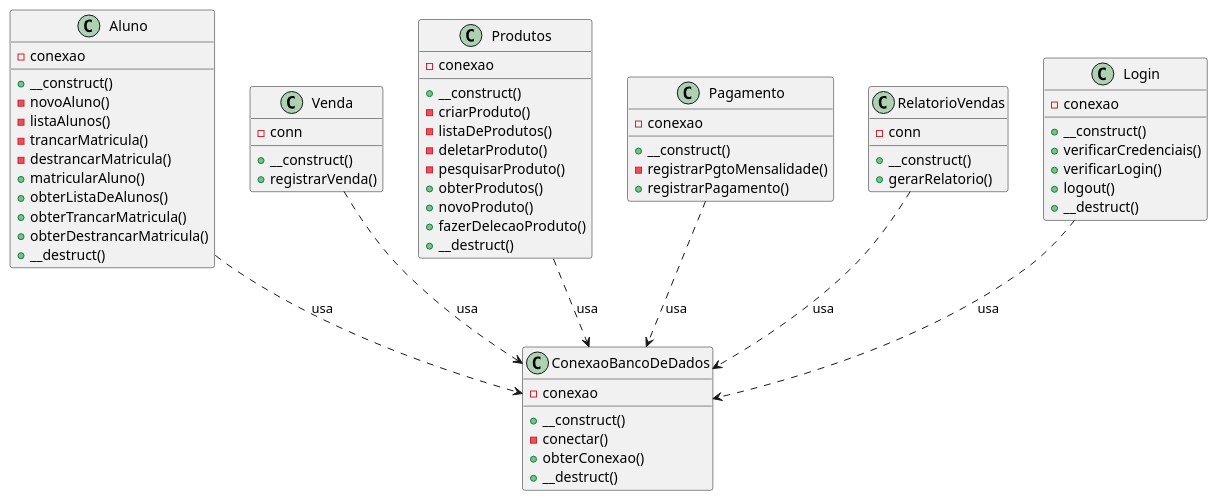
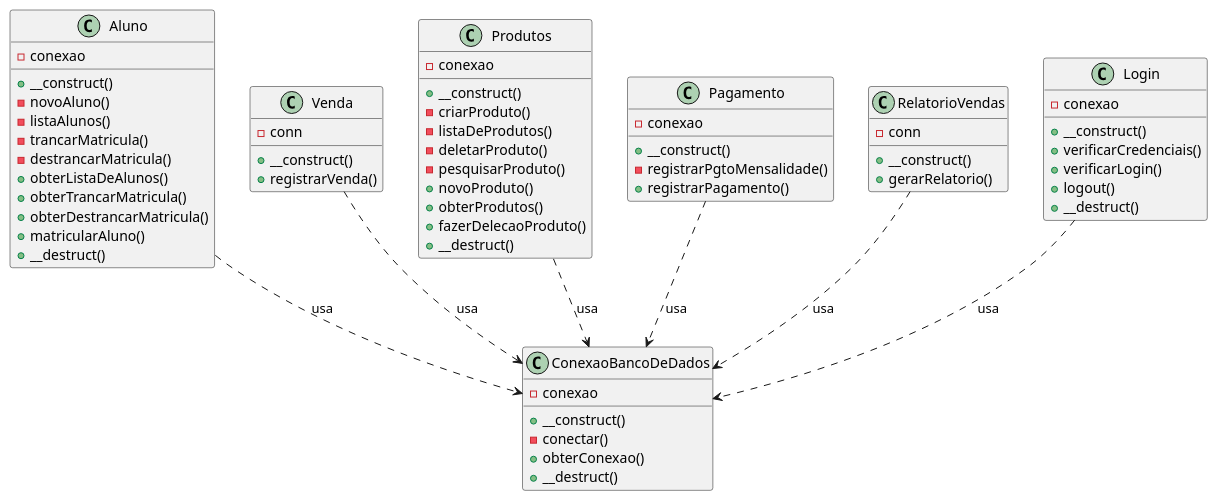
The diagram in Diagramas/Classe/Classe.puml (PI-2-semestre-DSM/app-acad), drawn with PlantUML before and after one commit. The commit also changed other lines of this file, not shown here.

```diff
--- a/Diagramas/Classe/Classe.puml
+++ b/Diagramas/Classe/Classe.puml
@@ -1,71 +1,71 @@
 @startuml
 class ConexaoBancoDeDados {
     - conexao
     + __construct()
     - conectar()
     + obterConexao()
     + __destruct()
 }
 
 class Aluno {
     - conexao
     + __construct()
     - novoAluno()
     - listaAlunos()
     - trancarMatricula()
     - destrancarMatricula()
-    + matricularAluno()
     + obterListaDeAlunos()
     + obterTrancarMatricula()
     + obterDestrancarMatricula()
+    + matricularAluno()
     + __destruct()
 }
 
 class Venda {
     - conn
     + __construct()
     + registrarVenda()
 }
 
 class Produtos {
     - conexao
     + __construct()
     - criarProduto()
     - listaDeProdutos()
     - deletarProduto()
     - pesquisarProduto()
+    + novoProduto()
     + obterProdutos()
-    + novoProduto()
     + fazerDelecaoProduto()
     + __destruct()
 }
 
 class Pagamento {
     - conexao
     + __construct()
     - registrarPgtoMensalidade()
     + registrarPagamento()
 }
 
 class RelatorioVendas {
     - conn
     + __construct()
     + gerarRelatorio()
 }
 
 class Login {
     - conexao
     + __construct()
     + verificarCredenciais()
     + verificarLogin()
     + logout()
     + __destruct()
 }
 
 Aluno ..> ConexaoBancoDeDados : usa
 Venda ..> ConexaoBancoDeDados : usa
 Produtos ..> ConexaoBancoDeDados : usa
 Pagamento ..> ConexaoBancoDeDados : usa
 RelatorioVendas ..> ConexaoBancoDeDados : usa
 Login ..> ConexaoBancoDeDados : usa
 @enduml
```
